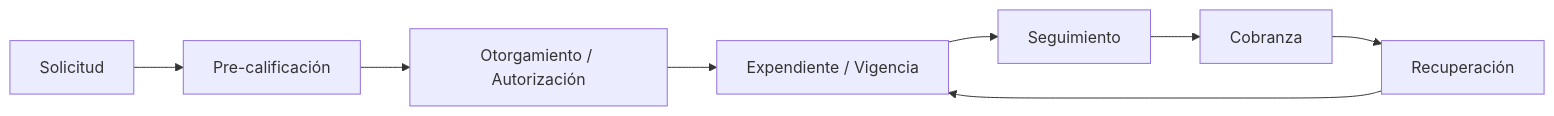
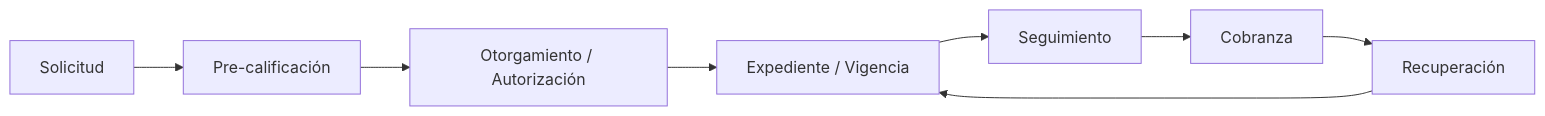
One commit to icserdi/Crediat changed the diagram in docs/credit-lifecycle-plan.md. Above: the diagram before and after it, drawn with Mermaid. The commit also changed other lines of this file and 2 other files, not shown here.

````diff
--- a/docs/credit-lifecycle-plan.md
+++ b/docs/credit-lifecycle-plan.md
@@ -9,10 +9,10 @@
 ```mermaid
 flowchart LR
     A[Solicitud] --> B[Pre-calificación]
     B --> C[Otorgamiento / Autorización]
-    C --> D[Expendiente / Vigencia]
+    C --> D[Expediente / Vigencia]
     D --> E[Seguimiento]
     E --> F[Cobranza]
     F --> G[Recuperación]
     G --> D
 ```
````
